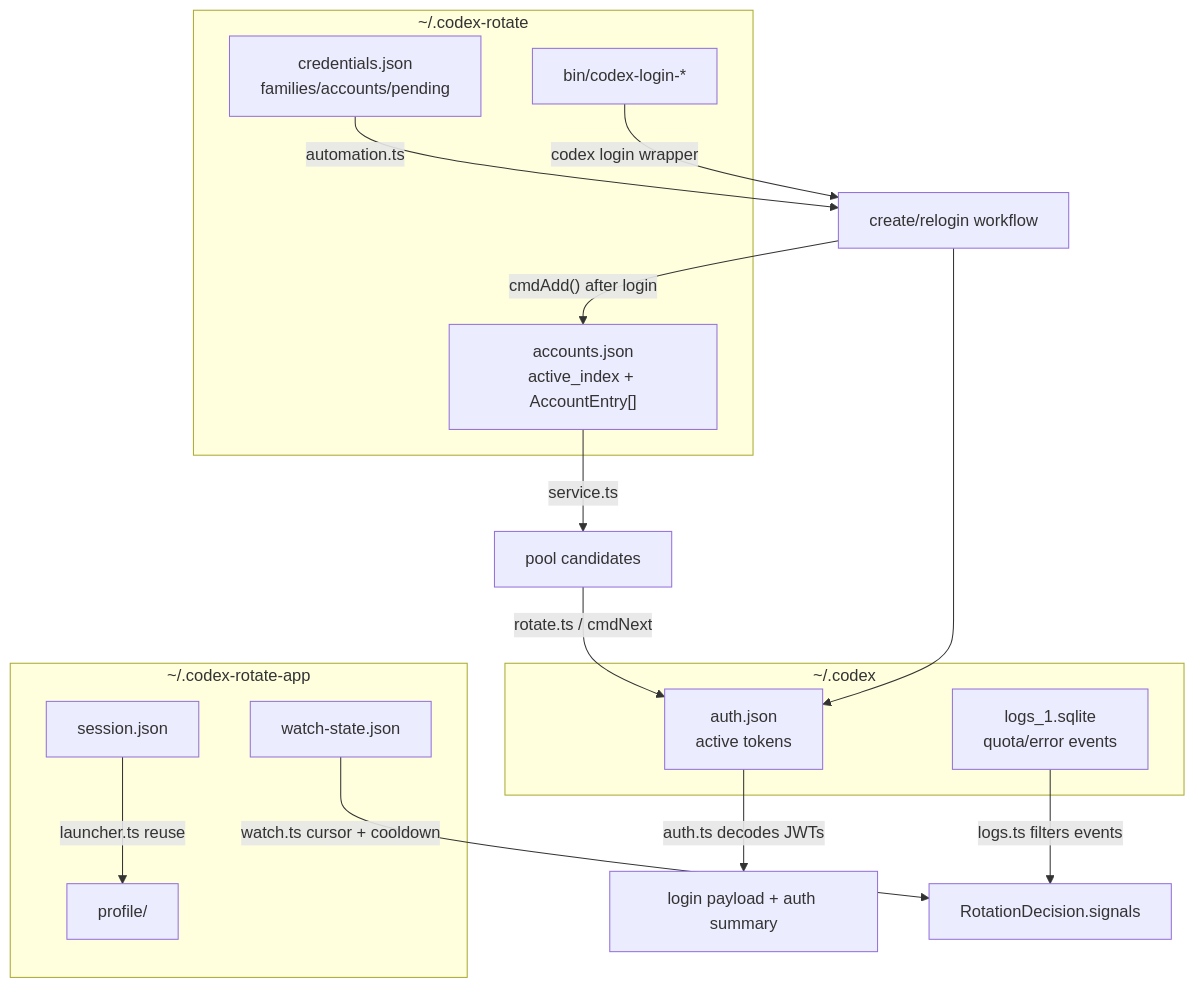
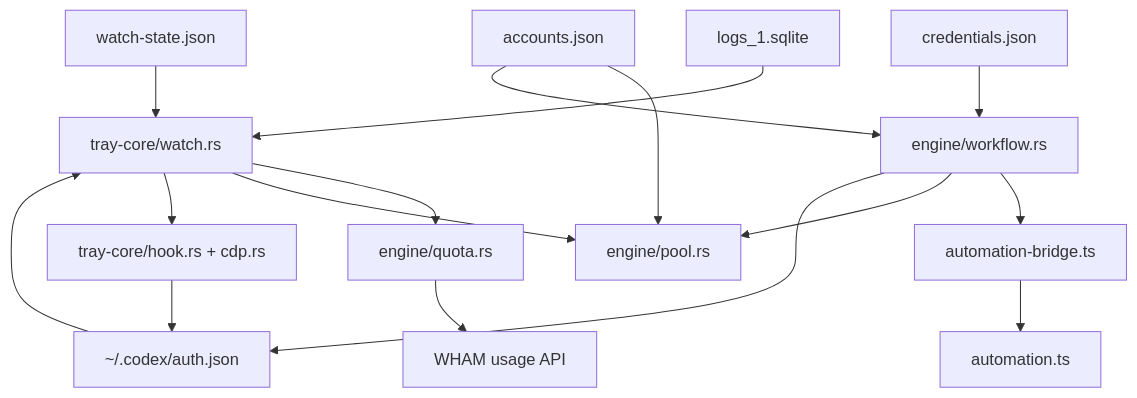
Before and after one commit to omar391/ai-tools: the second of 5 diagrams in packages/codex-rotate-app/architecture.md, drawn with Mermaid. The commit also changed other lines of this file and 38 other files, not shown here.

Commit message:
refactor(codex-rotate): split tray runtime from shared core

````diff
--- a/packages/codex-rotate-app/architecture.md
+++ b/packages/codex-rotate-app/architecture.md
@@ -125,30 +66,32 @@
 ```mermaid
-flowchart TB
-  subgraph CodexHome["~/.codex"]
-    Auth["auth.json\nactive tokens"]
-    Sqlite["logs_1.sqlite\nquota/error events"]
-  end
+flowchart TD
+  Logs["logs_1.sqlite"]
+  Auth["~/.codex/auth.json"]
+  Pool["accounts.json"]
+  Creds["credentials.json"]
+  Watch["watch-state.json"]
+  WatchLoop["tray-core/watch.rs"]
+  PoolEngine["engine/pool.rs"]
+  Workflow["engine/workflow.rs"]
+  Hook["tray-core/hook.rs + cdp.rs"]
+  Quota["engine/quota.rs"]
+  Bridge["automation-bridge.ts"]
+  Auto["automation.ts"]
+  WHAM["WHAM usage API"]
 
-  subgraph RotateHome["~/.codex-rotate"]
-    Pool["accounts.json\nactive_index + AccountEntry[]"]
-    Creds["credentials.json\nfamilies/accounts/pending"]
-    Wrappers["bin/codex-login-*"]
-  end
-
-  subgraph AppHome["~/.codex-rotate-app"]
-    WatchState["watch-state.json"]
-    Session["session.json"]
-    DebugProfile["profile/"]
-  end
-
-  Auth -->|"auth.ts decodes JWTs"| Payload["login payload + auth summary"]
-  Sqlite -->|"logs.ts filters events"| Signals["RotationDecision.signals"]
-  Pool -->|"service.ts"| Candidates["pool candidates"]
-  Creds -->|"automation.ts"| CreateFlow["create/relogin workflow"]
-  Wrappers -->|"codex login wrapper"| CreateFlow
-  WatchState -->|"watch.ts cursor + cooldown"| Signals
-  Session -->|"launcher.ts reuse"| DebugProfile
-  Candidates -->|"rotate.ts / cmdNext"| Auth
-  CreateFlow -->|"cmdAdd() after login"| Pool
-  CreateFlow --> Auth
+  Logs --> WatchLoop
+  Auth --> WatchLoop
+  Watch --> WatchLoop
+  WatchLoop --> Quota
+  Quota --> WHAM
+  WatchLoop --> PoolEngine
+  WatchLoop --> Hook
+  Pool --> PoolEngine
+  Creds --> Workflow
+  Pool --> Workflow
+  Workflow --> Bridge
+  Bridge --> Auto
+  Workflow --> PoolEngine
+  Workflow --> Auth
+  Hook --> Auth
 ```
````
